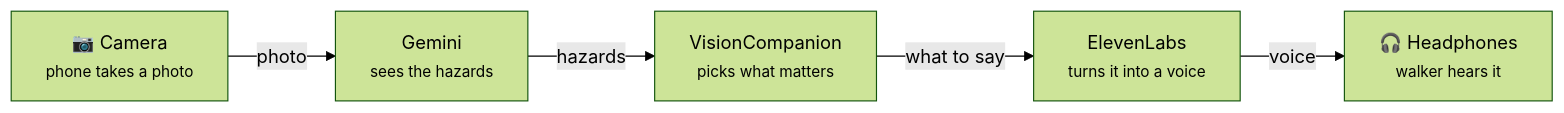
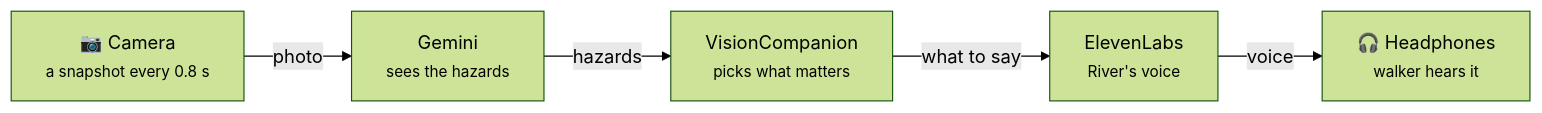
Before and after one commit to dkabduli/SeeWalk: the diagram in README.md, drawn with Mermaid (forest theme). The commit also changed other lines of this file and 3 other files, not shown here.

Commit message:
Docs for VisionCompanion as built: README rewritten (features, measured latency, endpoints, tools status, run steps), demo script (home-screen app, voices, waveform, edge glow, current alert rules), diagram updated

````diff
--- a/README.md
+++ b/README.md
@@ -13,7 +13,7 @@
 ```mermaid
 flowchart LR
-    A["📷 Camera<br/><small>phone takes a photo</small>"] -- photo --> B["Gemini<br/><small>sees the hazards</small>"]
+    A["📷 Camera<br/><small>a snapshot every 0.8 s</small>"] -- photo --> B["Gemini<br/><small>sees the hazards</small>"]
     B -- hazards --> C["VisionCompanion<br/><small>picks what matters</small>"]
-    C -- what to say --> D["ElevenLabs<br/><small>turns it into a voice</small>"]
+    C -- what to say --> D["ElevenLabs<br/><small>River's voice</small>"]
     D -- voice --> E["🎧 Headphones<br/><small>walker hears it</small>"]
 ```
````
